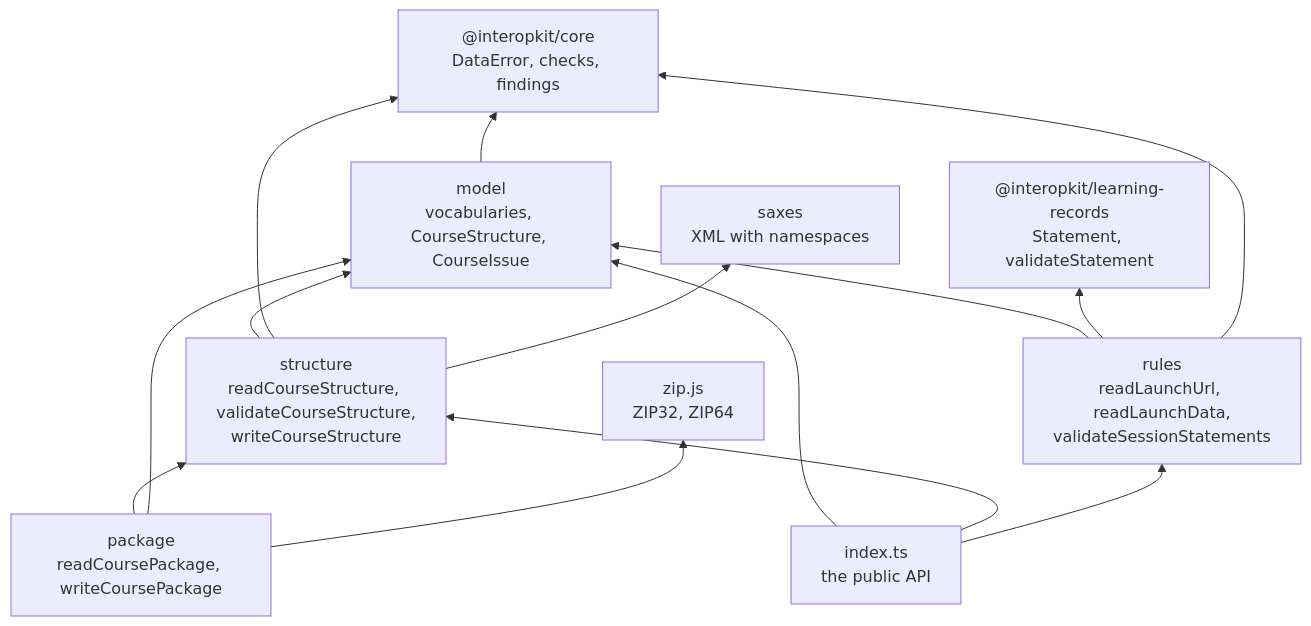
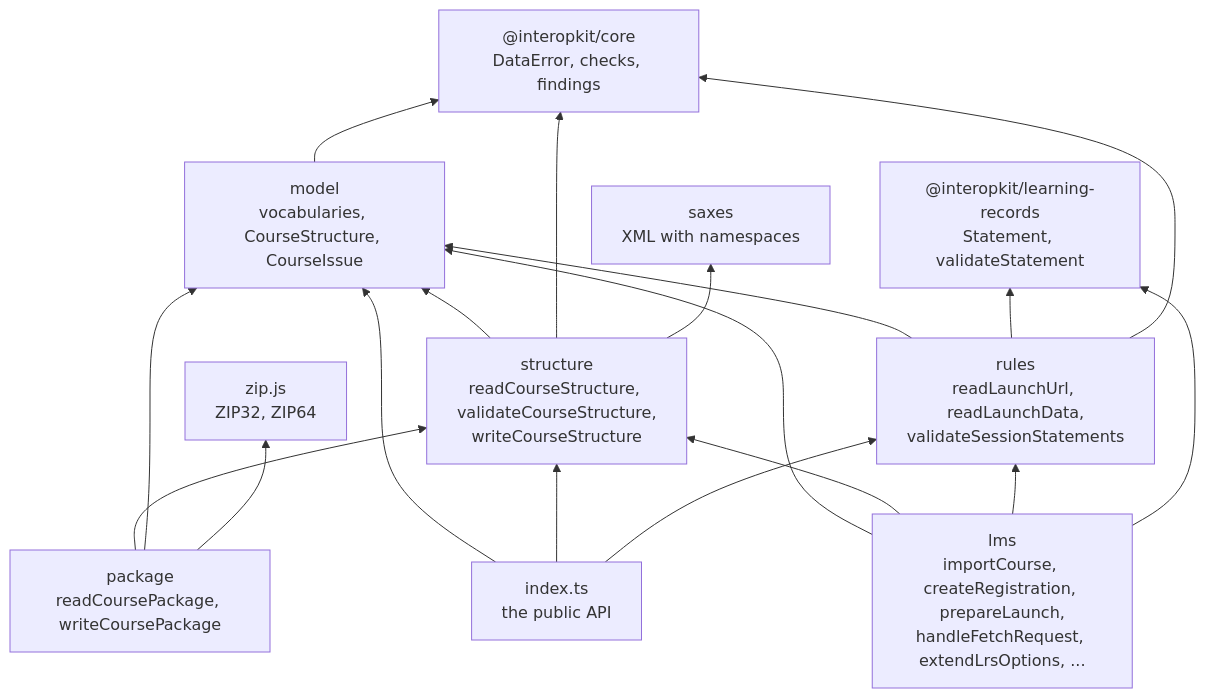
One commit to interopkit/interopkit changed the diagram in docs/course-launch/architecture.md. Above: the diagram before and after it, drawn with Mermaid. The commit also changed other lines of this file and 56 other files, not shown here.

Commit message:
Add the LMS role of cmi5: registrations, launches with a fetch URL of one use, and the rules and satisfaction of cmi5 on the host's LRS

````diff
--- a/docs/course-launch/architecture.md
+++ b/docs/course-launch/architecture.md
@@ -12,25 +13,30 @@
 ```mermaid
 flowchart BT
   core["@interopkit/core<br/>DataError, checks, findings"]
   model["model<br/>vocabularies, CourseStructure, CourseIssue"]
   structure["structure<br/>readCourseStructure, validateCourseStructure,<br/>writeCourseStructure"]
   package["package<br/>readCoursePackage, writeCoursePackage"]
   saxes["saxes<br/>XML with namespaces"]
   zip["zip.js<br/>ZIP32, ZIP64"]
   rules["rules<br/>readLaunchUrl, readLaunchData,<br/>validateSessionStatements"]
   records["@interopkit/learning-records<br/>Statement, validateStatement"]
   root["index.ts<br/>the public API"]
   rules --> model
   rules --> records
   rules --> core
   model --> core
   structure --> model
   structure --> core
   structure --> saxes
   package --> structure
   package --> model
   package --> zip
   root --> model
   root --> structure
   root --> rules
+  lms["lms<br/>importCourse, createRegistration, prepareLaunch,<br/>handleFetchRequest, extendLrsOptions, ..."]
+  lms --> model
+  lms --> structure
+  lms --> rules
+  lms --> records
 ```
````
